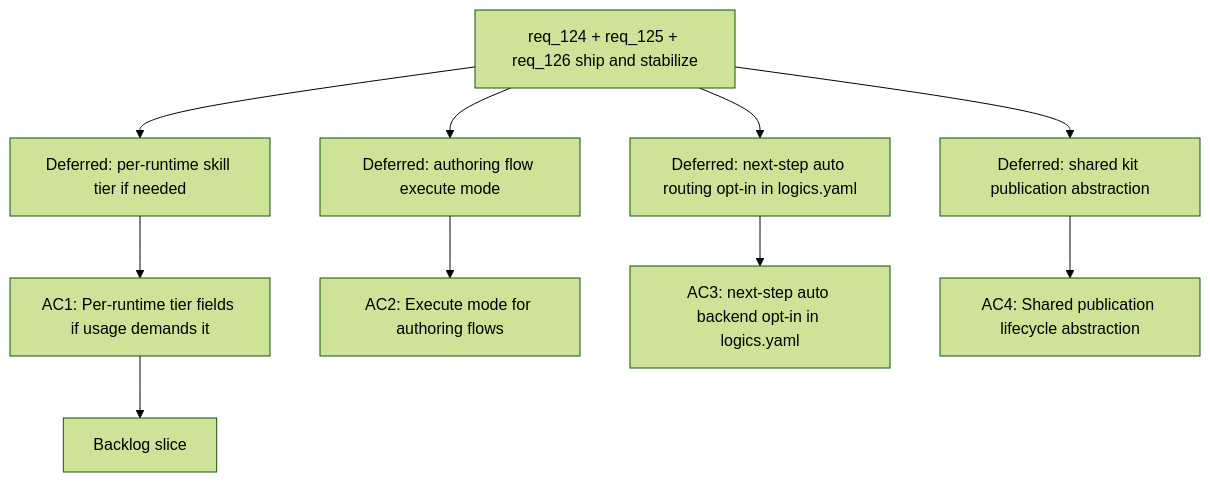
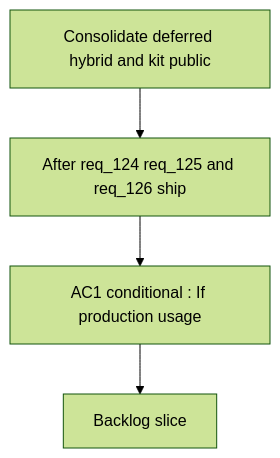
Before and after one commit to AlexAgo83/logics-manager: the diagram in logics/request/req_127_consolidate_deferred_hybrid_and_kit_publication_improvements_after_initial_rollout.md, drawn with Mermaid (forest theme). The commit also changed other lines of this file and 481 other files, not shown here.

````diff
--- a/logics/request/req_127_consolidate_deferred_hybrid_and_kit_publication_improvements_after_initial_rollout.md
+++ b/logics/request/req_127_consolidate_deferred_hybrid_and_kit_publication_improvements_after_initial_rollout.md
@@ -33,14 +36,8 @@
 ```mermaid
 %% logics-kind: request
 %% logics-signature: request|consolidate-deferred-hybrid-and-kit-publ|after-req-124-req-125-and-req-126-ship|ac1-conditional-if-production-usage
 flowchart TD
-    Upstream[req_124 + req_125 + req_126 ship and stabilize] --> D1[Deferred: per-runtime skill tier if needed]
-    Upstream --> D2[Deferred: authoring flow execute mode]
-    Upstream --> D3[Deferred: next-step auto routing opt-in in logics.yaml]
-    Upstream --> D4[Deferred: shared kit publication abstraction]
-    D1 --> AC1[AC1: Per-runtime tier fields if usage demands it]
-    D2 --> AC2[AC2: Execute mode for authoring flows]
-    D3 --> AC3[AC3: next-step auto backend opt-in in logics.yaml]
-    D4 --> AC4[AC4: Shared publication lifecycle abstraction]
-    AC1 --> Backlog[Backlog slice]
+    Trigger[Consolidate deferred hybrid and kit public] --> Need[After req_124 req_125 and req_126 ship]
+    Need --> Outcome[AC1 conditional : If production usage]
+    Outcome --> Backlog[Backlog slice]
 ```
````
